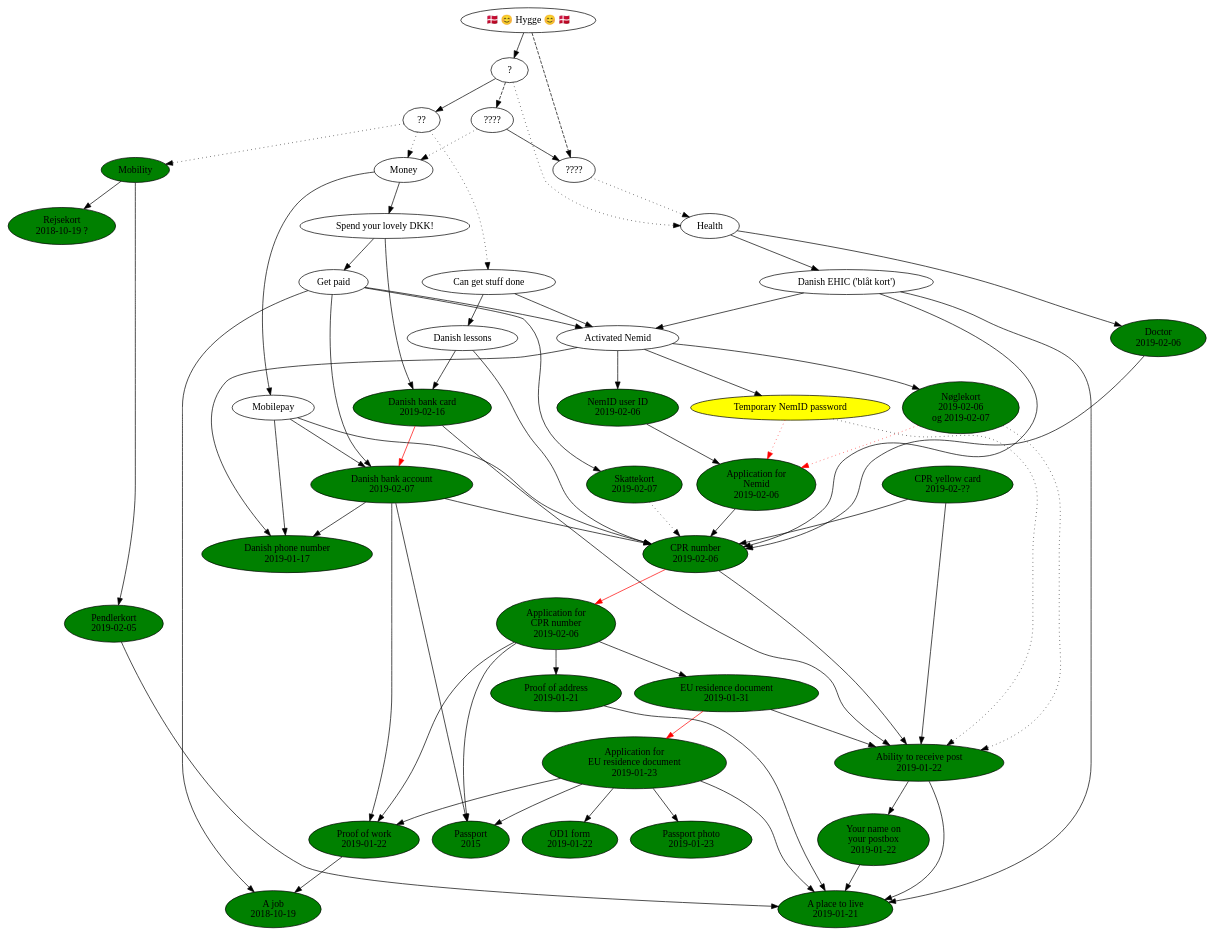
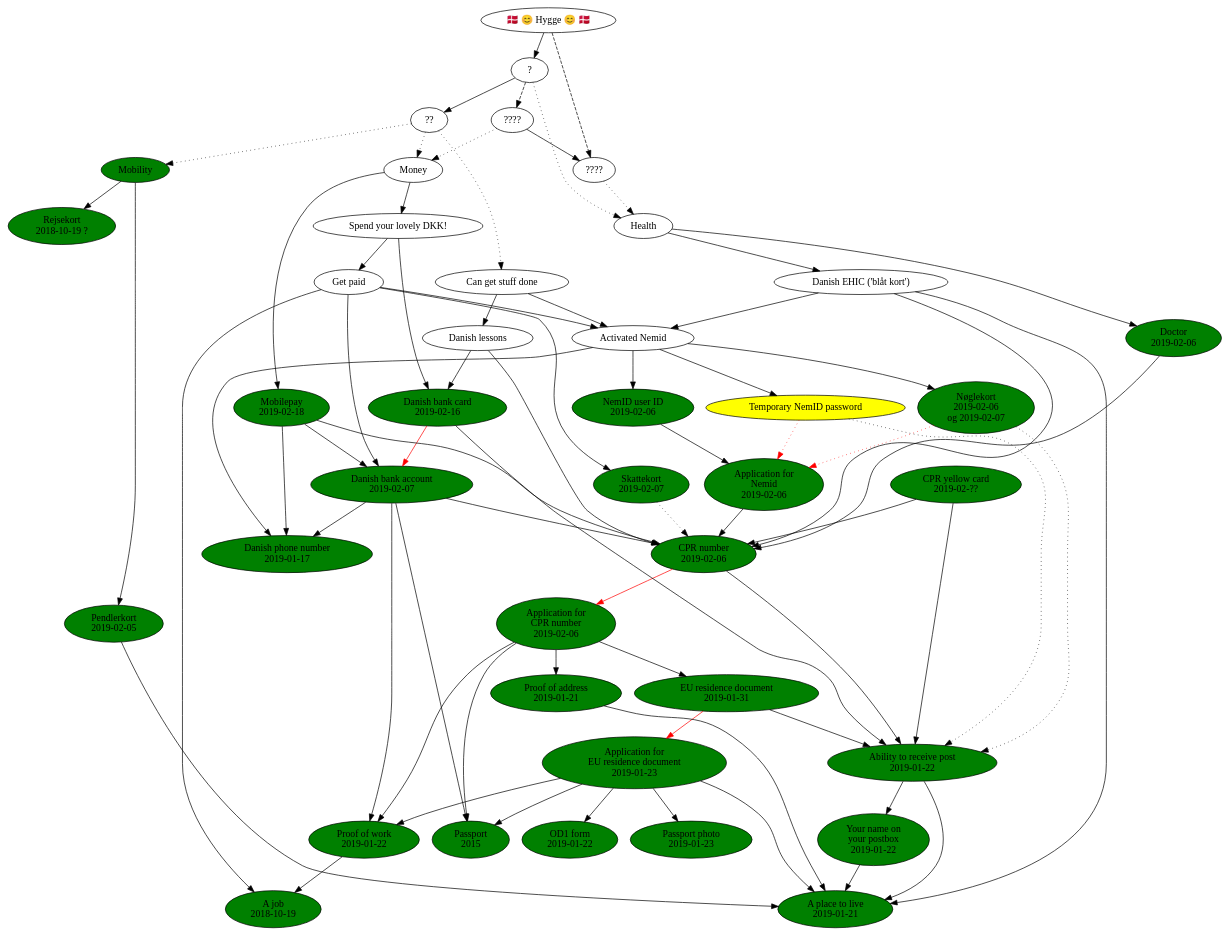
The diagram in flytter-til-danmark.dot (NoahBohme/emigrerer-til-danmark), drawn with Graphviz before and after one commit. The commit also changed 2 other files, not shown here.

Commit message:
+Mobilepay

```diff
--- a/flytter-til-danmark.dot
+++ b/flytter-til-danmark.dot
@@ -1,142 +1,142 @@
 digraph g {
   job [ label="A job\n2018-10-19" style=filled fillcolor=green ]
   proof_of_work [ label="Proof of work\n2019-01-22" style=filled fillcolor=green ]
   proof_of_work -> job
 
   passport [ label="Passport\n2015" style=filled fillcolor=green ]
 
   danish_phone_number [ label="Danish phone number\n2019-01-17" style=filled fillcolor=green ]
   rejsekort [ label="Rejsekort\n2018-10-19 ?" style=filled fillcolor=green ]
 
   place_to_live [ label="A place to live\n2019-01-21" style=filled fillcolor=green ]
 
   name_on_postbox [ label="Your name on\nyour postbox\n2019-01-22" style=filled fillcolor=green ]
   name_on_postbox -> place_to_live
 
   can_receive_post [ label="Ability to receive post\n2019-01-22" style=filled fillcolor=green ]
   can_receive_post -> place_to_live
   can_receive_post -> name_on_postbox
 
   pendlerkort [ label="Pendlerkort\n2019-02-05" style=filled fillcolor=green ]
   pendlerkort -> place_to_live
 
   eu_residence_document_application [ label="Application for\nEU residence document\n2019-01-23" style=filled fillcolor=green ]
   eu_residence_document_application -> place_to_live
   eu_residence_document_application -> proof_of_work
   eu_residence_document_application -> passport
   eu_residence_document_application -> od1_form
   od1_form [ label="OD1 form\n2019-01-22" style=filled fillcolor=green ]
   passport_photo [ label="Passport photo\n2019-01-23" style=filled fillcolor=green ]
   eu_residence_document_application -> passport_photo
 
   eu_residence_document [ label="EU residence document\n2019-01-31" style=filled fillcolor=green ]
   eu_residence_document -> eu_residence_document_application [ color="red" ]
   eu_residence_document -> can_receive_post
 
   cpr_number_application [ label="Application for\nCPR number\n2019-02-06" style=filled fillcolor=green ]
   cpr_number_application -> eu_residence_document
   cpr_number_application -> proof_of_work
   cpr_number_application -> proof_of_address
   cpr_number_application -> passport
 
   cpr_number [ label="CPR number\n2019-02-06" style=filled fillcolor=green ]
   cpr_number -> cpr_number_application [ color="red" ]
   cpr_number -> can_receive_post
   cpr_card [ label="CPR yellow card\n2019-02-??" style=filled fillcolor=green ]
   cpr_card -> cpr_number
   cpr_card -> can_receive_post
 
   proof_of_address [ label="Proof of address\n2019-01-21" style=filled fillcolor=green ]
   proof_of_address -> place_to_live
 
   skattekort [ label="Skattekort\n2019-02-07" style=filled fillcolor=green ]
   skattekort -> cpr_number [ style="dotted" ]
 
   nemid_application [ label="Application for\nNemid\n2019-02-06" style=filled fillcolor=green ]
   nemid_application -> cpr_number
   nemid_userid [ label="NemID user ID\n2019-02-06" style=filled fillcolor=green ]
   nemid_userid -> nemid_application
 
   danish_bank_account [ label="Danish bank account\n2019-02-07" style=filled fillcolor=green ]
   danish_bank_account -> cpr_number
   danish_bank_account -> proof_of_work
   danish_bank_account -> passport
   danish_bank_account -> danish_phone_number
 
   activated_nemid [ label="Activated Nemid" ]
   activated_nemid -> nemid_userid
   activated_nemid -> danish_phone_number
   noglekort [ label="Nøglekort\n2019-02-06\nog 2019-02-07" style=filled fillcolor=green ]
   midlertidlig_nemid_adgangskode [ label="Temporary NemID password" style=filled fillcolor=yellow ]
   activated_nemid -> noglekort
   activated_nemid -> midlertidlig_nemid_adgangskode
   noglekort -> nemid_application [ style="dotted" color="red" ]
   midlertidlig_nemid_adgangskode -> nemid_application [ style="dotted" color="red" ]
   noglekort -> can_receive_post [ style="dotted" ]
   midlertidlig_nemid_adgangskode -> can_receive_post [ style="dotted" ]
 
   ehic [ label="Danish EHIC ('blåt kort')" ]
   ehic -> cpr_number
   ehic -> activated_nemid
   ehic -> place_to_live
 
   doctor [ label="Doctor\n2019-02-06" style=filled fillcolor=green ]
   doctor -> cpr_number
 
   get_paid [ label="Get paid" ]
   get_paid -> job
   get_paid -> skattekort
   get_paid -> danish_bank_account
   get_paid -> activated_nemid
 
   danish_lessions [ label="Danish lessons" ]
   danish_lessions -> cpr_number
   danish_lessions -> danish_bank_card
 
   danish_bank_card [ label="Danish bank card\n2019-02-16" style=filled fillcolor=green ]
   danish_bank_card -> danish_bank_account [ color="red" ]
   danish_bank_card -> can_receive_post
 
   spend_lovely_dkk [ label="Spend your lovely DKK!" ]
   spend_lovely_dkk -> get_paid
   spend_lovely_dkk -> danish_bank_card
 
-  mobilepay [ label="Mobilepay" ]
+  mobilepay [ label="Mobilepay\n2019-02-18" style=filled fillcolor=green ]
   mobilepay -> cpr_number
   mobilepay -> danish_phone_number
   mobilepay -> danish_bank_account
 
   // Det endeligt mål
   hygge [ label="🇩🇰 😊 Hygge 😊 🇩🇰" ]
   // Deliberately vague so as not to imply that (a) hygge has a formula, or
   // (b) it depends on any of the named things
   hygge -> magi4 [ style=dashed ]
   hygge -> magi1
   magi1 [ label="?" ]
   magi4 [ label="????" ]
   magi2 [ label="??" ]
   magi3 [ label="????" ]
   magi3 -> magi4
   magi1 -> magi2
   magi1 -> magi3 [ style=dashed ]
 
   magi1 -> helbred [ style=dotted ]
   magi2 -> penge [ style=dotted ]
 
   magi4 -> helbred [ style=dotted ]
   helbred [ label="Health" ]
   helbred -> doctor
   helbred -> ehic
   magi3 -> penge [ style=dotted ]
   penge [ label="Money" ]
   penge -> spend_lovely_dkk
   penge -> mobilepay
   magi2 -> rejser [ style=dotted ]
   rejser [ label="Mobility" style=filled fillcolor=green ]
   rejser -> pendlerkort
   rejser -> rejsekort
   magi2 -> faa_ting_gjort [ style=dotted ]
   faa_ting_gjort [ label="Can get stuff done" ]
   faa_ting_gjort -> activated_nemid
   faa_ting_gjort -> danish_lessions
 }
```
